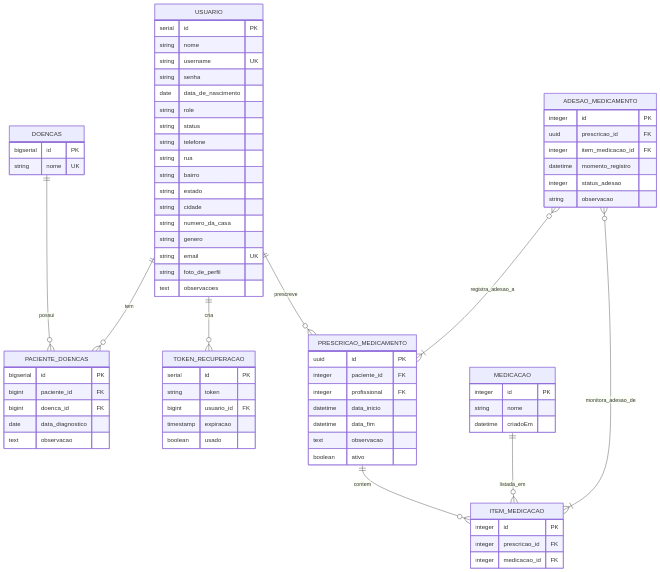
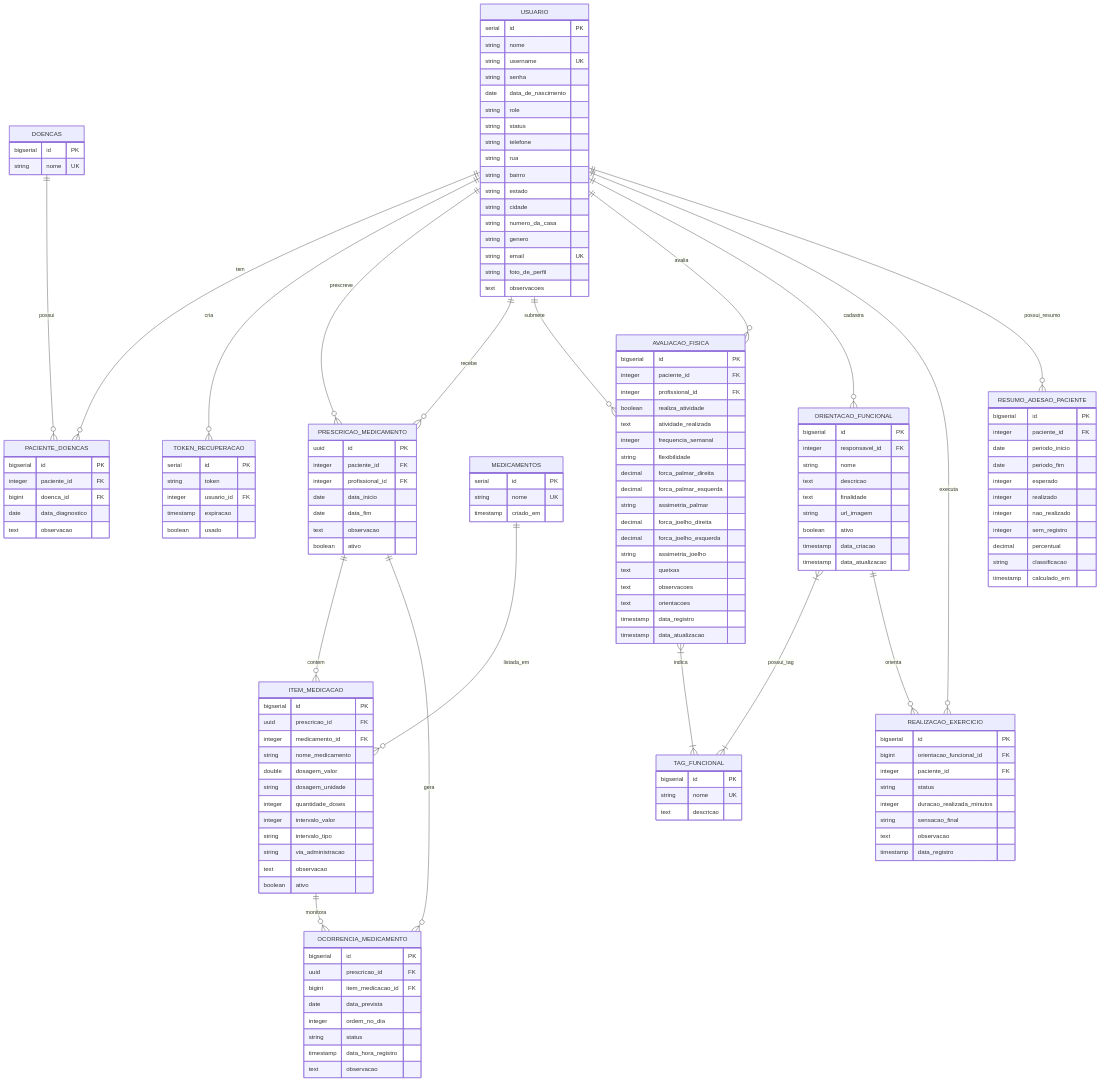
The diagram in README.md (HoradeCuidar/horadecuidar-api), drawn with Mermaid before and after one commit.

Commit message:
docs: update database schema diagram with new entities and relations in README.md

````diff
--- a/README.md
+++ b/README.md
@@ -88,84 +88,169 @@
 ```mermaid
   erDiagram
     direction TB
+
     USUARIO {
-      serial id PK ""  
-      string nome  ""  
-      string username UK ""  
-      string senha  ""  
-      date data_de_nascimento  ""  
-      string role  ""  
-      string status  ""  
-      string telefone  ""  
-      string rua  ""  
-      string bairro  ""  
-      string estado  ""  
-      string cidade  ""  
-      string numero_da_casa  ""  
-      string genero  ""  
-      string email UK ""  
-      string foto_de_perfil  ""  
-      text observacoes  ""  
+      serial id PK
+      string nome
+      string username UK
+      string senha
+      date data_de_nascimento
+      string role
+      string status
+      string telefone
+      string rua
+      string bairro
+      string estado
+      string cidade
+      string numero_da_casa
+      string genero
+      string email UK
+      string foto_de_perfil
+      text observacoes
+    }
+
+    DOENCAS {
+      bigserial id PK
+      string nome UK
     }
 
     PACIENTE_DOENCAS {
-      bigserial id PK ""  
-      bigint paciente_id FK ""  
-      bigint doenca_id FK ""  
-      date data_diagnostico  ""  
-      text observacao  ""  
+      bigserial id PK
+      integer paciente_id FK
+      bigint doenca_id FK
+      date data_diagnostico
+      text observacao
     }
 
     TOKEN_RECUPERACAO {
-      serial id PK ""  
-      string token  ""  
-      bigint usuario_id FK ""  
-      timestamp expiracao  ""  
-      boolean usado  ""  
+      serial id PK
+      string token
+      integer usuario_id FK
+      timestamp expiracao
+      boolean usado
     }
 
     PRESCRICAO_MEDICAMENTO {
-      uuid id PK ""  
-      integer paciente_id FK ""  
-      integer profissional FK ""  
-      datetime data_inicio  ""  
-      datetime data_fim  ""  
-      text observacao  ""  
-      boolean ativo  ""  
+      uuid id PK
+      integer paciente_id FK
+      integer profissional_id FK
+      date data_inicio
+      date data_fim
+      text observacao
+      boolean ativo
     }
 
-    DOENCAS {
-      bigserial id PK ""  
-      string nome UK ""  
+    MEDICAMENTOS {
+      serial id PK
+      string nome UK
+      timestamp criado_em
     }
 
     ITEM_MEDICACAO {
-      integer id PK ""  
-      integer prescricao_id FK ""  
-      integer medicacao_id FK ""  
+      bigserial id PK
+      uuid prescricao_id FK
+      integer medicamento_id FK
+      string nome_medicamento
+      double dosagem_valor
+      string dosagem_unidade
+      integer quantidade_doses
+      integer intervalo_valor
+      string intervalo_tipo
+      string via_administracao
+      text observacao
+      boolean ativo
     }
 
-    MEDICACAO {
-      integer id PK ""  
-      string nome  ""  
-      datetime criadoEm  ""  
+    OCORRENCIA_MEDICAMENTO {
+      bigserial id PK
+      uuid prescricao_id FK
+      bigint item_medicacao_id FK
+      date data_prevista
+      integer ordem_no_dia
+      string status
+      timestamp data_hora_registro
+      text observacao
     }
 
-    ADESAO_MEDICAMENTO {
-          integer id PK ""
-          uuid prescricao_id FK ""
-          integer item_medicacao_id FK ""
-          datetime momento_registro ""
-          integer status_adesao ""
-          string observacao ""
+    TAG_FUNCIONAL {
+      bigserial id PK
+      string nome UK
+      text descricao
     }
 
-    USUARIO||--o{PACIENTE_DOENCAS:"tem"
-    USUARIO||--o{TOKEN_RECUPERACAO:"cria"
-    USUARIO||--o{PRESCRICAO_MEDICAMENTO:"prescreve"
-    DOENCAS||--o{PACIENTE_DOENCAS:"possui"
-    PRESCRICAO_MEDICAMENTO||--o{ITEM_MEDICACAO:"contem"
-    MEDICACAO||--o{ITEM_MEDICACAO:"listada_em"
-    ADESAO_MEDICAMENTO}o--|{PRESCRICAO_MEDICAMENTO:"registra_adesao_a"
-      ADESAO_MEDICAMENTO}o--|{ITEM_MEDICACAO:"monitora_adesao_de"
+    ORIENTACAO_FUNCIONAL {
+      bigserial id PK
+      integer responsavel_id FK
+      string nome
+      text descricao
+      text finalidade
+      string url_imagem
+      boolean ativo
+      timestamp data_criacao
+      timestamp data_atualizacao
+    }
+
+    AVALIACAO_FISICA {
+      bigserial id PK
+      integer paciente_id FK
+      integer profissional_id FK
+      boolean realiza_atividade
+      text atividade_realizada
+      integer frequencia_semanal
+      string flexibilidade
+      decimal forca_palmar_direita
+      decimal forca_palmar_esquerda
+      string assimetria_palmar
+      decimal forca_joelho_direita
+      decimal forca_joelho_esquerda
+      string assimetria_joelho
+      text queixas
+      text observacoes
+      text orientacoes
+      timestamp data_registro
+      timestamp data_atualizacao
+    }
+
+    REALIZACAO_EXERCICIO {
+      bigserial id PK
+      bigint orientacao_funcional_id FK
+      integer paciente_id FK
+      string status
+      integer duracao_realizada_minutos
+      string sensacao_final
+      text observacao
+      timestamp data_registro
+    }
+
+    RESUMO_ADESAO_PACIENTE {
+      bigserial id PK
+      integer paciente_id FK
+      date periodo_inicio
+      date periodo_fim
+      integer esperado
+      integer realizado
+      integer nao_realizado
+      integer sem_registro
+      decimal percentual
+      string classificacao
+      timestamp calculado_em
+    }
+
+    USUARIO ||--o{ PACIENTE_DOENCAS : "tem"
+    DOENCAS ||--o{ PACIENTE_DOENCAS : "possui"
+    USUARIO ||--o{ TOKEN_RECUPERACAO : "cria"
+    USUARIO ||--o{ PRESCRICAO_MEDICAMENTO : "prescreve"
+    USUARIO ||--o{ PRESCRICAO_MEDICAMENTO : "recebe"
+    PRESCRICAO_MEDICAMENTO ||--o{ ITEM_MEDICACAO : "contem"
+    MEDICAMENTOS ||--o{ ITEM_MEDICACAO : "listada_em"
+    PRESCRICAO_MEDICAMENTO ||--o{ OCORRENCIA_MEDICAMENTO : "gera"
+    ITEM_MEDICACAO ||--o{ OCORRENCIA_MEDICAMENTO : "monitora"
+    USUARIO ||--o{ AVALIACAO_FISICA : "submete"
+    USUARIO ||--o{ AVALIACAO_FISICA : "avalia"
+    AVALIACAO_FISICA }|--|{ TAG_FUNCIONAL : "indica"
+    USUARIO ||--o{ ORIENTACAO_FUNCIONAL : "cadastra"
+    ORIENTACAO_FUNCIONAL }|--|{ TAG_FUNCIONAL : "possui_tag"
+    ORIENTACAO_FUNCIONAL ||--o{ REALIZACAO_EXERCICIO : "orienta"
+    USUARIO ||--o{ REALIZACAO_EXERCICIO : "executa"
+    USUARIO ||--o{ RESUMO_ADESAO_PACIENTE : "possui_resumo"
 ```
````
